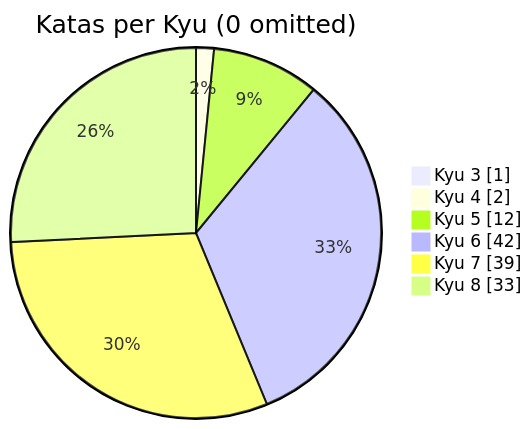
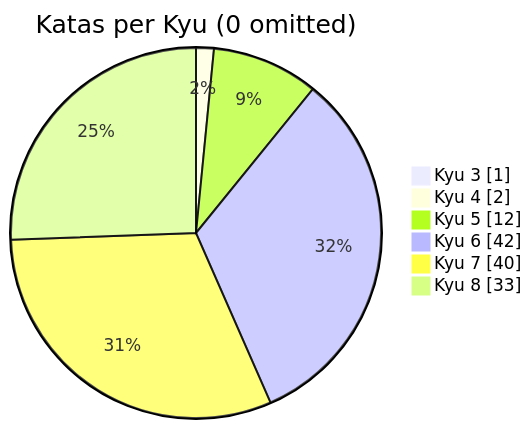
Before and after one commit to MauricioLudwig/codewars-typescript: the diagram in README.md, drawn with Mermaid. The commit also changed other lines of this file, not shown here.

````diff
--- a/README.md
+++ b/README.md
@@ -21,10 +21,10 @@
 ```mermaid
 pie showData
     title Katas per Kyu (0 omitted)
 	"Kyu 3": 1
 	"Kyu 4": 2
 	"Kyu 5": 12
 	"Kyu 6": 42
-	"Kyu 7": 39
+	"Kyu 7": 40
 	"Kyu 8": 33
 ```
````
